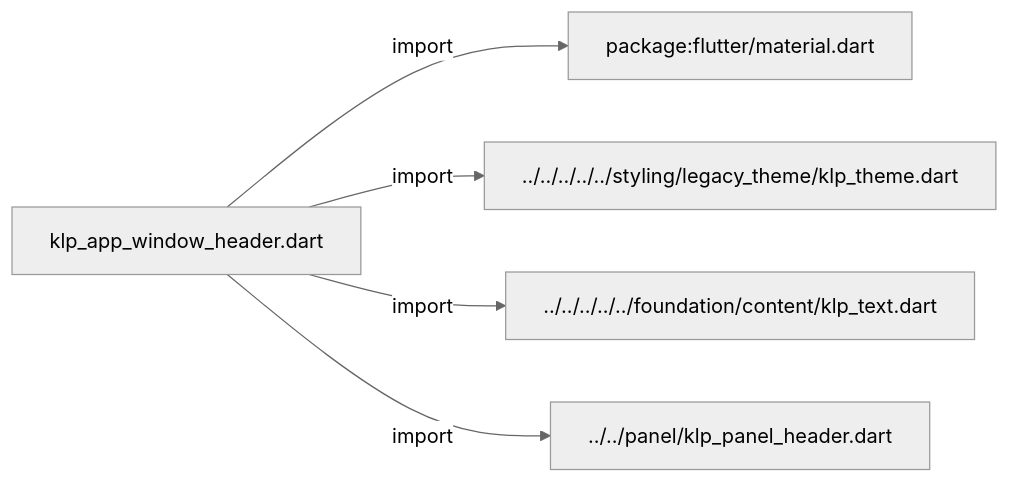
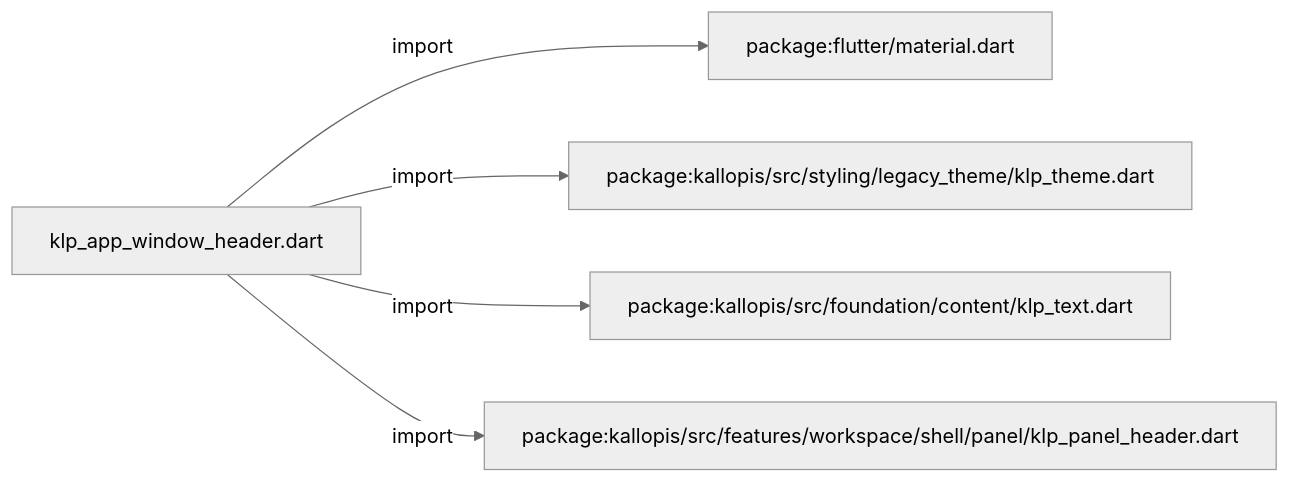
One commit to MiuDog/Kallopis changed the first of 3 diagrams in docs/architecture/src/features/workspace/shell/composition/window_header/klp_app_window_header.md. Above: the diagram before and after it, drawn with Mermaid (neutral theme). The commit also changed other lines of this file and 9688 other files, not shown here.

Commit message:
Prepare isolated Flow F2 peer baseline

````diff
--- a/docs/architecture/src/features/workspace/shell/composition/window_header/klp_app_window_header.md
+++ b/docs/architecture/src/features/workspace/shell/composition/window_header/klp_app_window_header.md
@@ -11,12 +11,12 @@
 ```mermaid
 flowchart LR
 	n0["klp_app_window_header.dart"]
 	n1["package:flutter/material.dart"]
-	n2["../../../../../styling/legacy_theme/klp_theme.dart"]
-	n3["../../../../../foundation/content/klp_text.dart"]
-	n4["../../panel/klp_panel_header.dart"]
+	n2["package:kallopis/src/styling/legacy_theme/klp_theme.dart"]
+	n3["package:kallopis/src/foundation/content/klp_text.dart"]
+	n4["package:kallopis/src/features/workspace/shell/panel/klp_panel_header.dart"]
 	n0 -->|"import"| n1
 	n0 -->|"import"| n2
 	n0 -->|"import"| n3
 	n0 -->|"import"| n4
 ```
````
